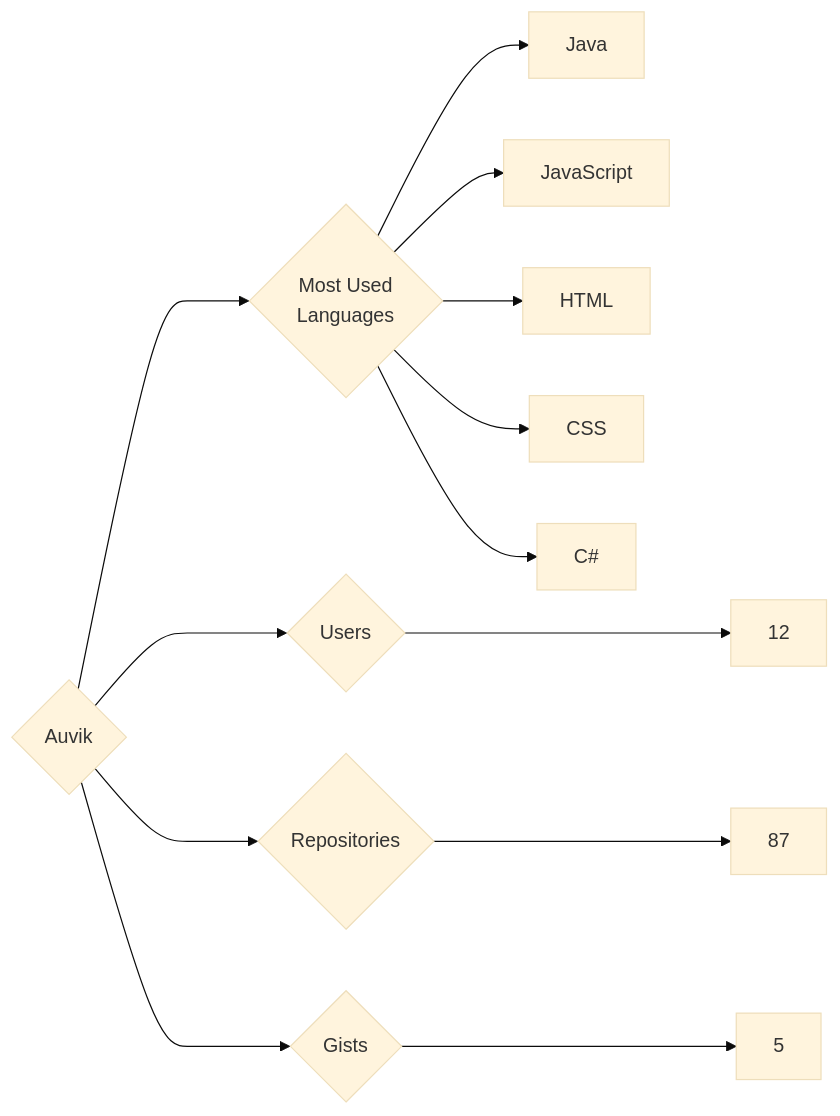
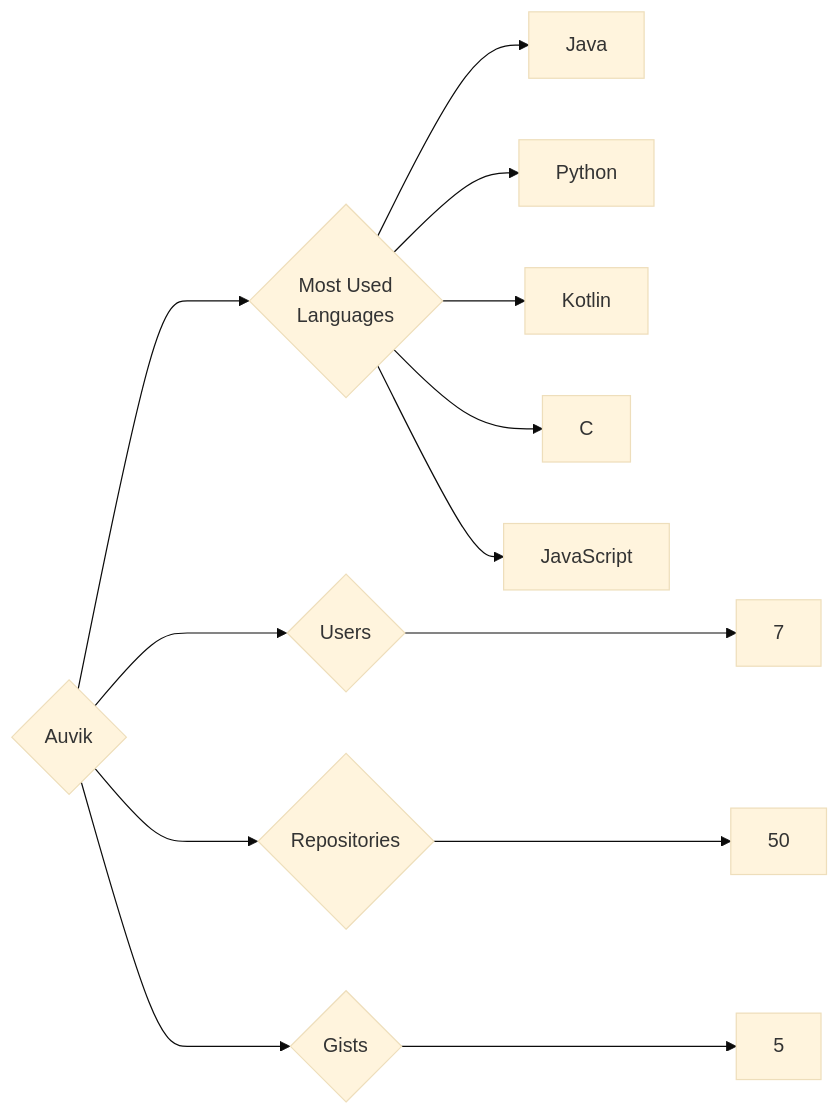
The diagram in targets/Auvik/README.md (trickest/insiders), drawn with Mermaid (base theme) before and after one commit. The commit also changed 553 other files, not shown here.

````diff
--- a/targets/Auvik/README.md
+++ b/targets/Auvik/README.md
@@ -3,13 +3,13 @@
 ```mermaid
 graph LR
 COMPANY_NAME{Auvik}
-COMPANY_NAME ---> U{Users} ---> UN[12]
-COMPANY_NAME ---> R{Repositories} ---> RN[87]
+COMPANY_NAME ---> U{Users} ---> UN[7]
+COMPANY_NAME ---> R{Repositories} ---> RN[50]
 COMPANY_NAME ---> G{Gists} ---> GN[5]
 COMPANY_NAME ---> ML{Most Used<br>Languages}
 ML --> Java[Java]
+ML --> Python[Python]
+ML --> Kotlin[Kotlin]
+ML --> C[C]
 ML --> JavaScript[JavaScript]
-ML --> HTML[HTML]
-ML --> CSS[CSS]
-ML --> C#[C#]
 ```
````
